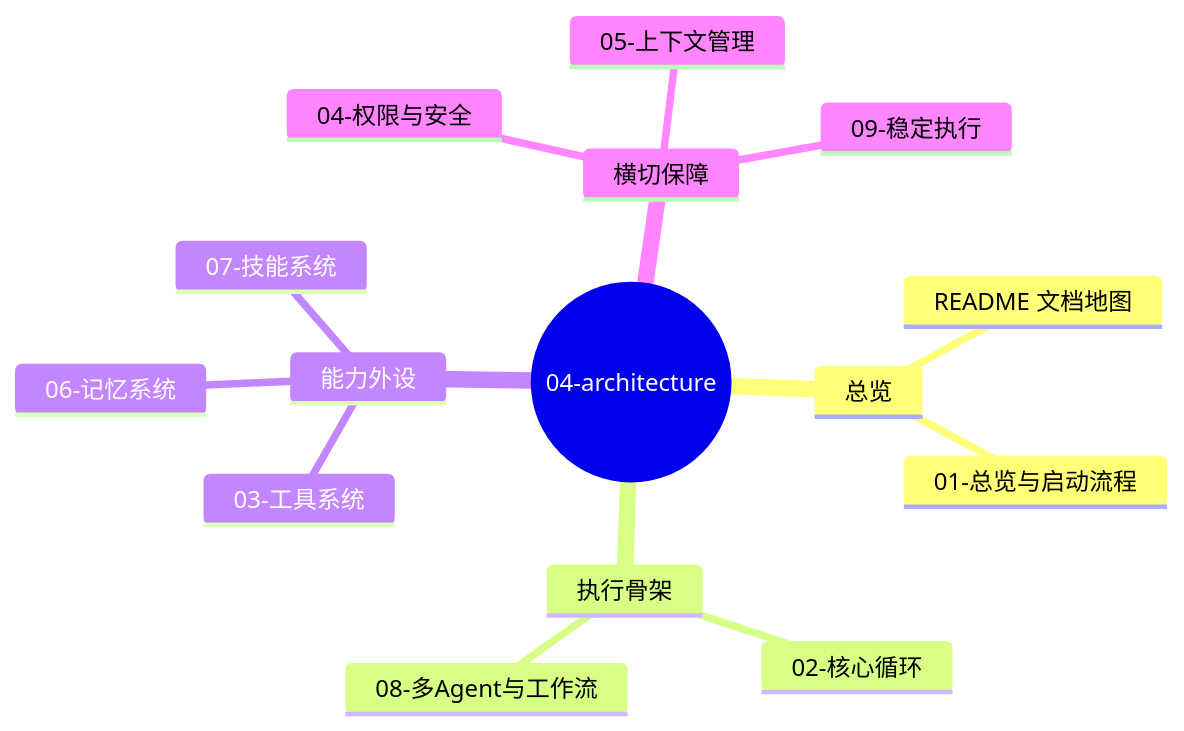
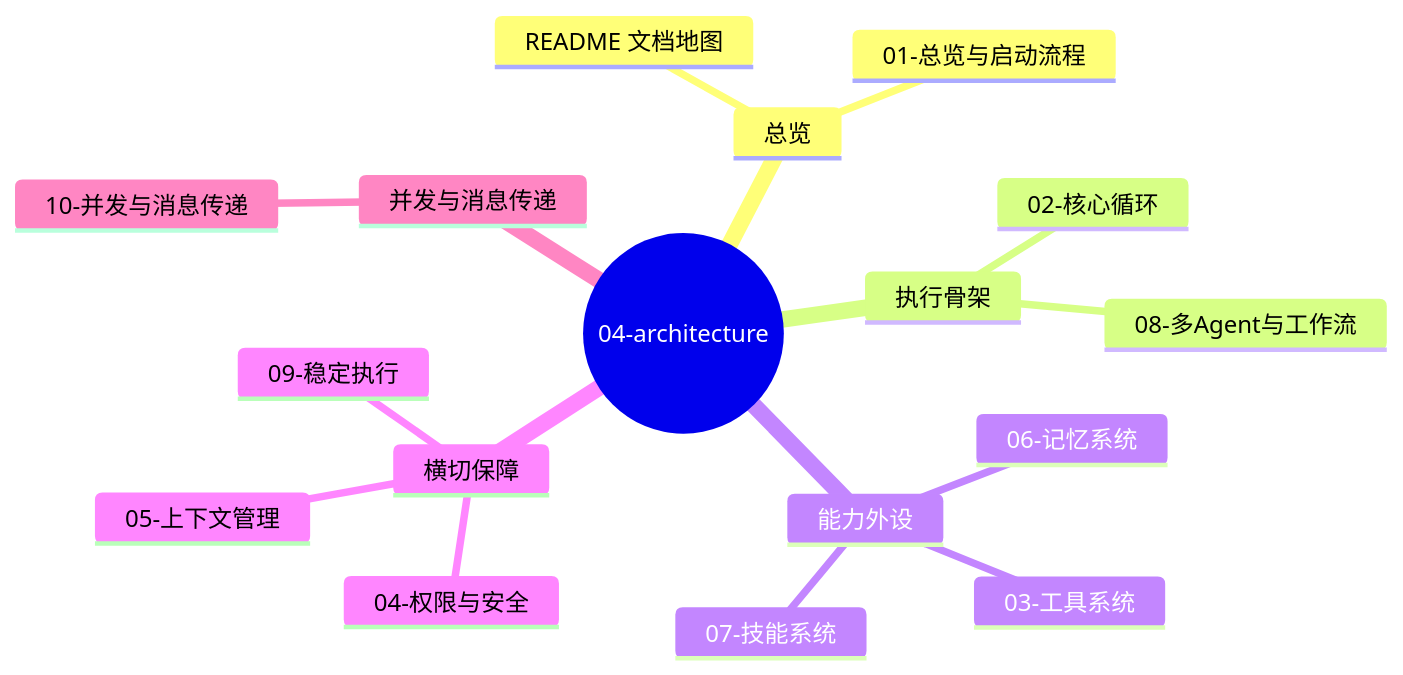
The diagram in docs/04-architecture/README.md (XiaoRedAh/coding-agent), drawn with Mermaid before and after one commit. The commit also changed other lines of this file and 2 other files, not shown here.

Commit message:
docs: 新增并发与消息传递详解 + 索引同步
- 新增 10-并发与消息传递.md：系统梳理子 Agent 的队列/线程/通知/
  消息总线/订阅发布的底层实现原理
- 明确"手搓 vs 现成库"：只用标准库 threading/queue/collections，
  无 asyncio/无消息中间件，并说明为什么这样选
- 逐个讲透 threading.Thread(daemon)/queue.Queue/Condition/Lock/Event/
  defaultdict 手搓 EventBus 的底层机制
- 完整链路时序图 + 手搓并发的隐患与边界清单
- 索引同步（04-architecture/README.md mindmap + docs/README.md）

````diff
--- a/docs/04-architecture/README.md
+++ b/docs/04-architecture/README.md
@@ -9,18 +9,20 @@
 ```mermaid
 mindmap
   root((04-architecture))
     总览
       README 文档地图
       01-总览与启动流程
     执行骨架
       02-核心循环
       08-多Agent与工作流
     能力外设
       03-工具系统
       06-记忆系统
       07-技能系统
     横切保障
       04-权限与安全
       05-上下文管理
       09-稳定执行
+    并发与消息传递
+      10-并发与消息传递
 ```
````
